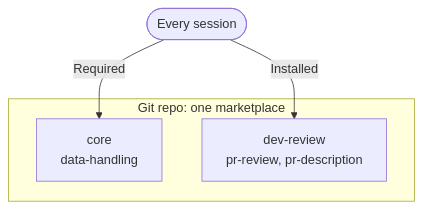
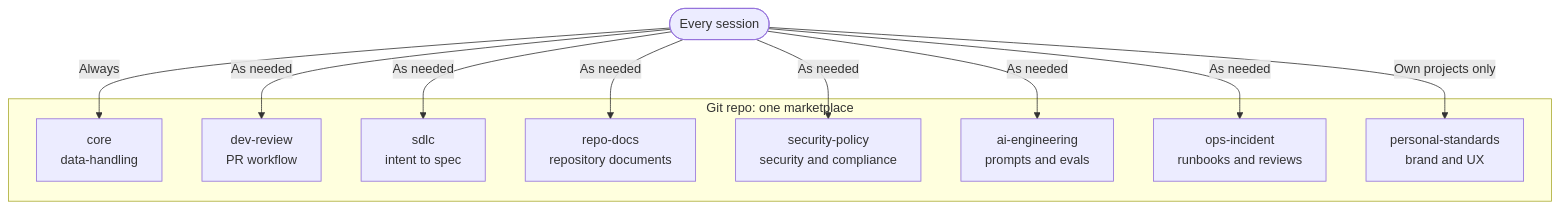
The diagram in README.md (JosephSearle/personal-claude-plugins), drawn with Mermaid before and after one commit. The commit also changed other lines of this file and 68 other files, not shown here.

````diff
--- a/README.md
+++ b/README.md
@@ -49,9 +68,21 @@
 ```mermaid
 flowchart TB
     subgraph repo["Git repo: one marketplace"]
         core["core<br/>data-handling"]
-        dev["dev-review<br/>pr-review, pr-description"]
+        dev["dev-review<br/>PR workflow"]
+        sdlc["sdlc<br/>intent to spec"]
+        docs["repo-docs<br/>repository documents"]
+        sec["security-policy<br/>security and compliance"]
+        ai["ai-engineering<br/>prompts and evals"]
+        ops["ops-incident<br/>runbooks and reviews"]
+        std["personal-standards<br/>brand and UX"]
     end
-    all(["Every session"]) -->|Required| core
-    all -->|Installed| dev
+    all(["Every session"]) -->|Always| core
+    all -->|As needed| dev
+    all -->|As needed| sdlc
+    all -->|As needed| docs
+    all -->|As needed| sec
+    all -->|As needed| ai
+    all -->|As needed| ops
+    all -->|Own projects only| std
 ```
````
